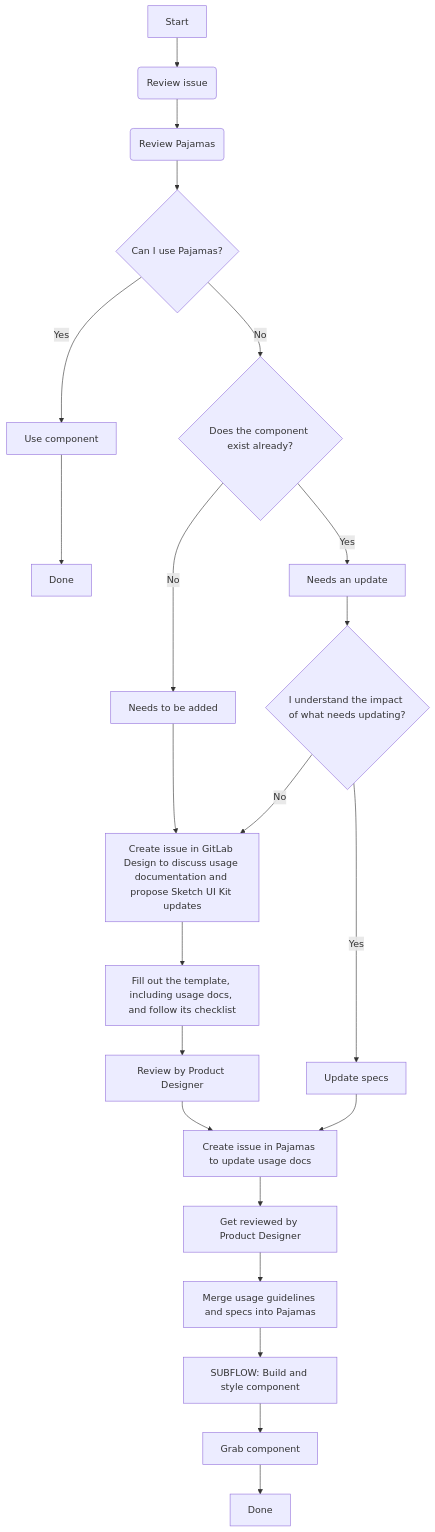
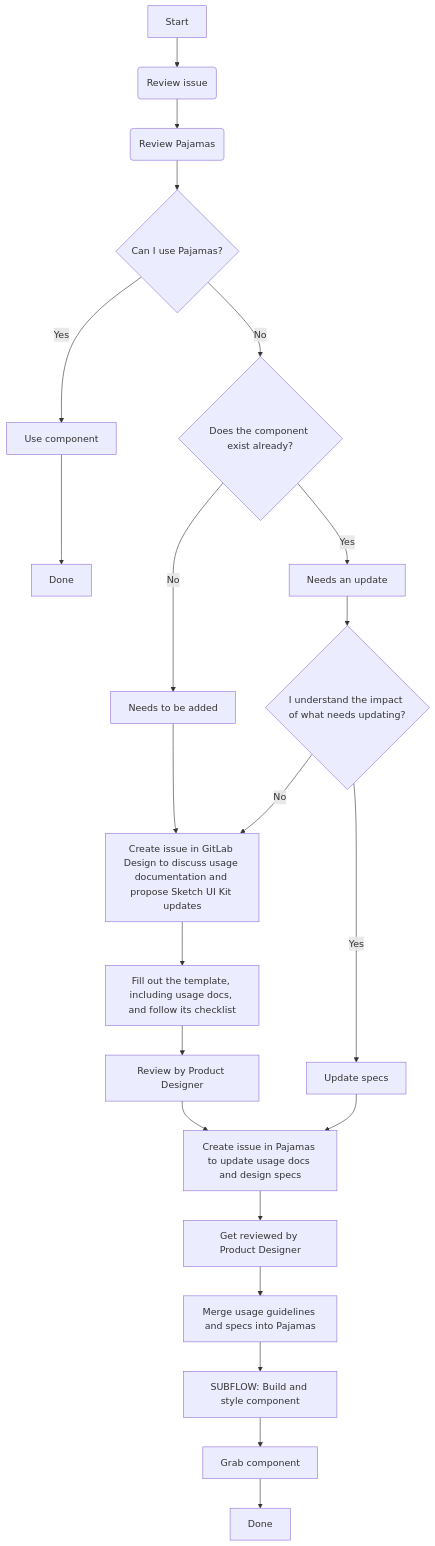
The diagram in doc/component-lifecycle.md (khulnasoft-lab/design.khulnasoft.com), drawn with Mermaid before and after one commit.

Commit message:
Apply suggestion to doc/component-lifecycle.md

````diff
--- a/doc/component-lifecycle.md
+++ b/doc/component-lifecycle.md
@@ -46,28 +46,28 @@
 ```mermaid
 graph TD;
 A[Start] -->B(Review issue)
 B--> C(Review Pajamas)
 click C "https://design.gitlab.com"
 C-->D{Can I use Pajamas?}
 D -->|Yes| E[Use component]
 E --> F[Done]
 D -->|No| G{Does the component exist already?}
 G-->|No| H[Needs to be added]
 H-->I[Create issue in GitLab Design to discuss usage documentation and propose Sketch UI Kit updates]
 click I "https://gitlab.com/gitlab-org/gitlab-design/issues/new?issuable_template=UX%20Pattern"
 I-->J[Fill out the template, including usage docs, and follow its checklist]
 J-->K[Review by Product Designer]
-K-->L[Create issue in Pajamas to update usage docs]
+K-->L[Create issue in Pajamas to update usage docs and design specs]
 click L "https://gitlab.com/gitlab-org/gitlab-services/design.gitlab.com/issues/new"
 L-->M[Get reviewed by Product Designer]
 M-->N[Merge usage guidelines and specs into Pajamas]
 N-->O[SUBFLOW: Build and style component]
 click O "https://gitlab.com/gitlab-org/gitlab-ui/blob/master/doc/component-lifecycle.md"
 O-->P[Grab component]
 P-->Q[Done]
 G-->|Yes| R[Needs an update]
 R-->S{I understand the impact of what needs updating?}
 S-->|Yes| T[Update specs]
 T-->L
 S-->|No| I
 ```
````
